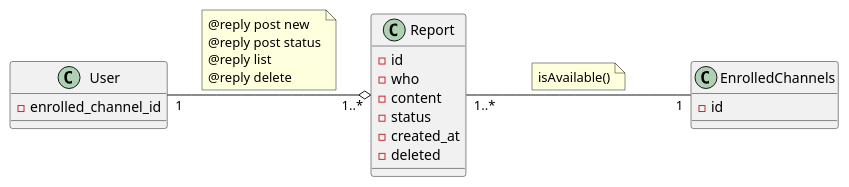
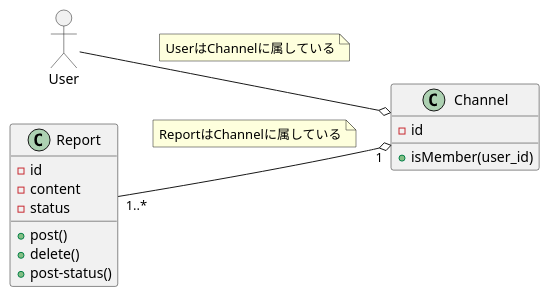
The diagram in 1.design/1.domain/domain.md (ito-masam/kpt-guard.doc), drawn with PlantUML before and after one commit.

Commit message:
ドメイン図を簡略化した

```diff
--- a/1.design/1.domain/domain.md
+++ b/1.design/1.domain/domain.md
@@ -1,30 +1,31 @@
 @startuml
 
-left to right direction
+    left to right direction
 
-class User {
-	- enrolled_channel_id
-}
-class Report {
-	- id
-	- who
-	- content
-	- status
-	- created_at
-	- deleted
-}
-class EnrolledChannels {
-	- id
-}
+    mix_actor User
 
-User "1"--o "1..*" Report
-note on link
-	@reply post new
-	@reply post status
-	@reply list
-	@reply delete
-end note
-Report "1..*" --- "1" EnrolledChannels
-note on link: isAvailable()
+    class Report {
+      - id
+      - content
+      - status
+      + post()
+      + delete()
+      + post-status()
+    }
+
+    class Channel {
+      - id
+      + isMember(user_id)
+    }
+
+    User --o Channel
+    note on link
+      UserはChannelに属している
+    end note
+
+    Report "1..*" --o "1" Channel
+    note on link
+      ReportはChannelに属している
+    end note
 
 @enduml
```
